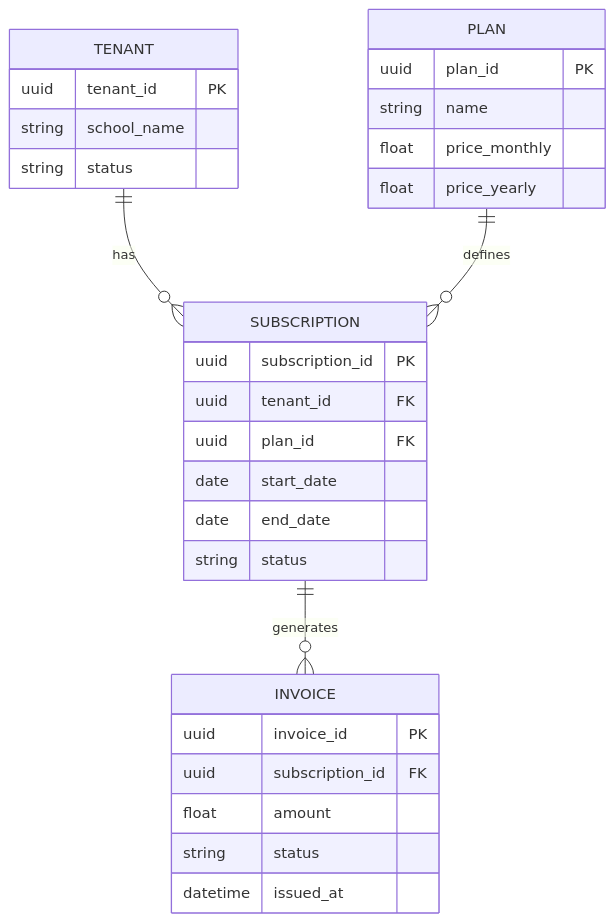
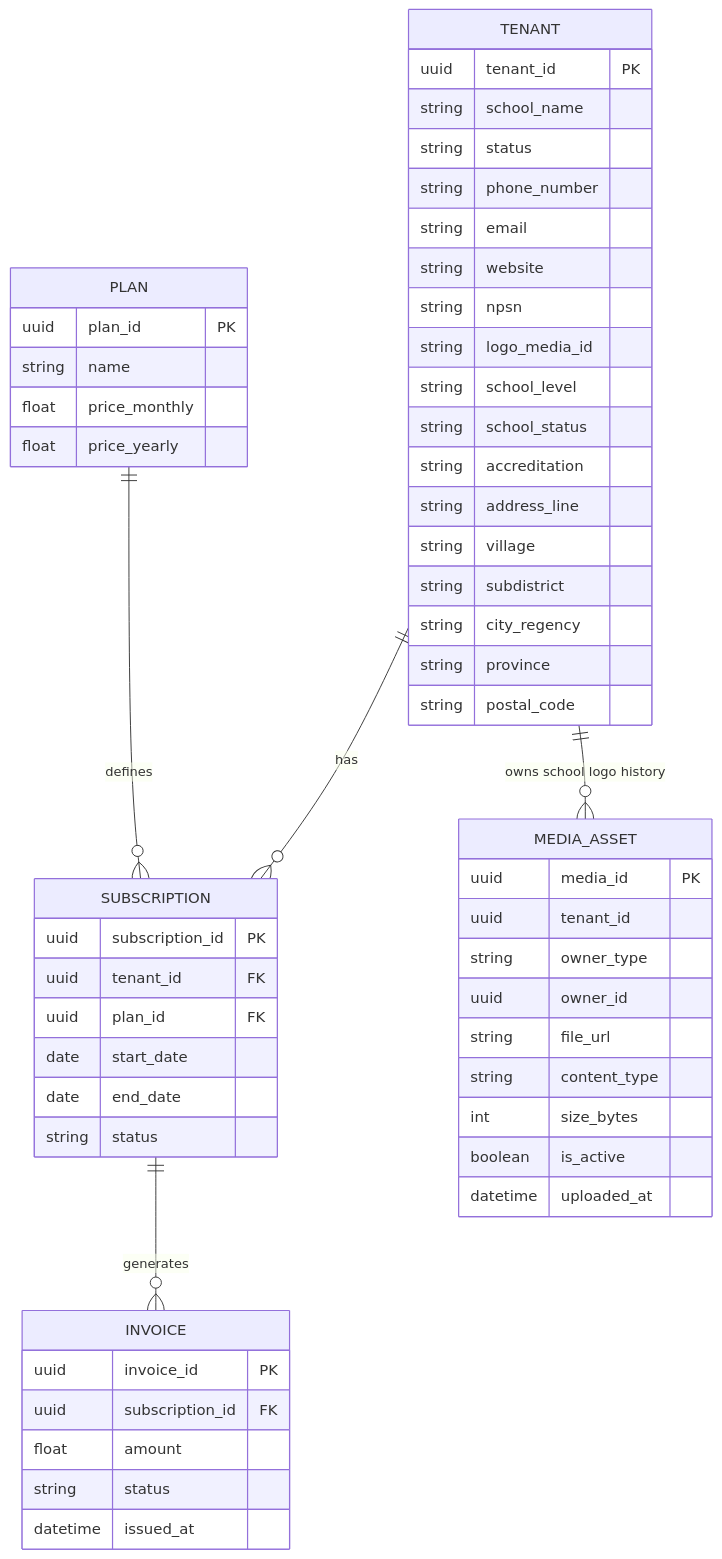
The diagram in docs/internal/10_data_design/02_Billing_Service_ERD.md (protocyber/akademiq), drawn with Mermaid before and after one commit. The commit also changed other lines of this file and 25 other files, not shown here.

````diff
--- a/docs/internal/10_data_design/02_Billing_Service_ERD.md
+++ b/docs/internal/10_data_design/02_Billing_Service_ERD.md
@@ -3,36 +3,63 @@
 ```mermaid
 erDiagram
 TENANT {
   uuid tenant_id PK
   string school_name
   string status
+  string phone_number
+  string email
+  string website
+  string npsn
+  string logo_media_id
+  string school_level
+  string school_status
+  string accreditation
+  string address_line
+  string village
+  string subdistrict
+  string city_regency
+  string province
+  string postal_code
 }
 
 PLAN {
   uuid plan_id PK
   string name
   float price_monthly
   float price_yearly
 }
 
 SUBSCRIPTION {
   uuid subscription_id PK
   uuid tenant_id FK
   uuid plan_id FK
   date start_date
   date end_date
   string status
 }
 
 INVOICE {
   uuid invoice_id PK
   uuid subscription_id FK
   float amount
   string status
   datetime issued_at
 }
 
+MEDIA_ASSET {
+  uuid media_id PK
+  uuid tenant_id
+  string owner_type
+  uuid owner_id
+  string file_url
+  string content_type
+  int size_bytes
+  boolean is_active
+  datetime uploaded_at
+}
+
 TENANT ||--o{ SUBSCRIPTION : has
 PLAN ||--o{ SUBSCRIPTION : defines
 SUBSCRIPTION ||--o{ INVOICE : generates
+TENANT ||--o{ MEDIA_ASSET : "owns school logo history"
 ```
````
